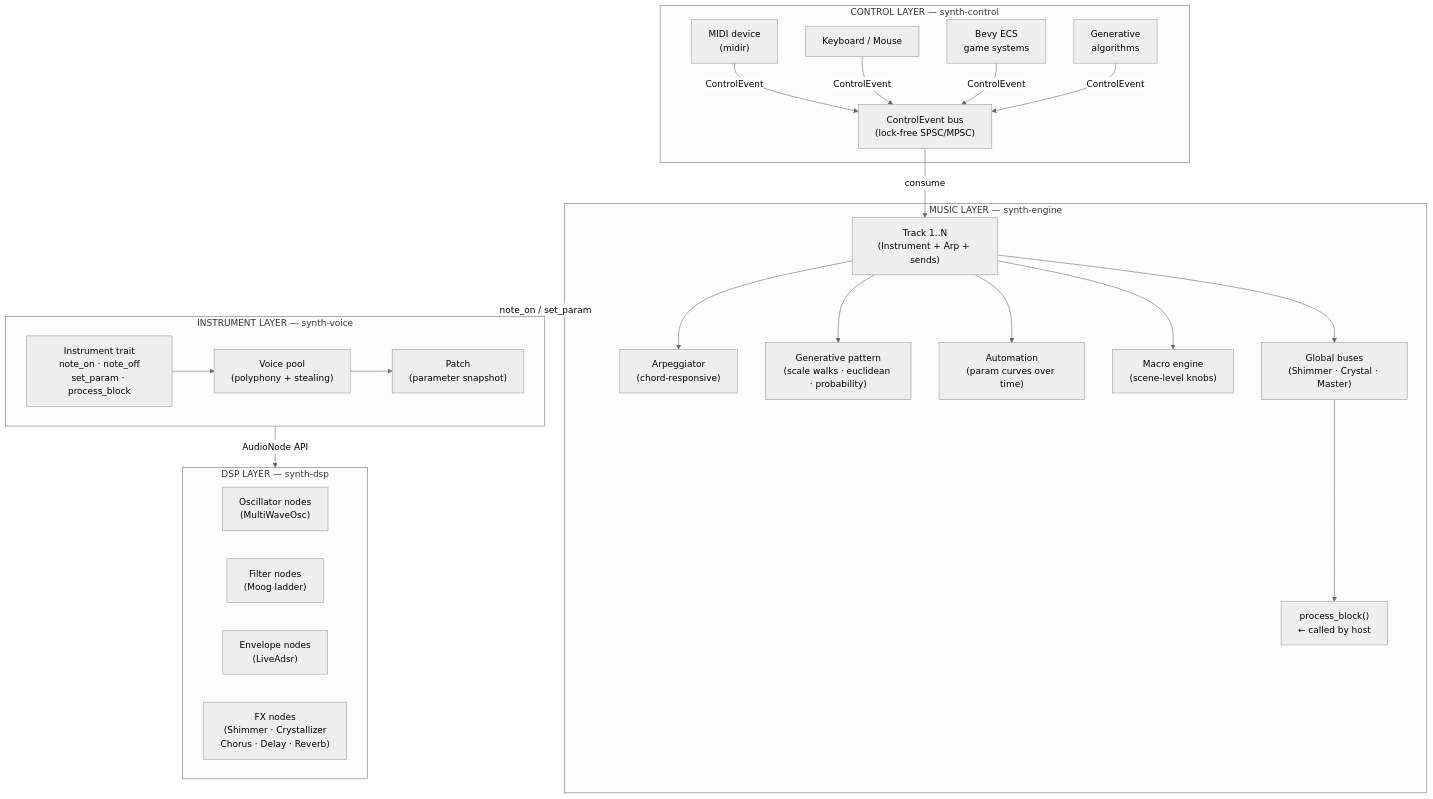
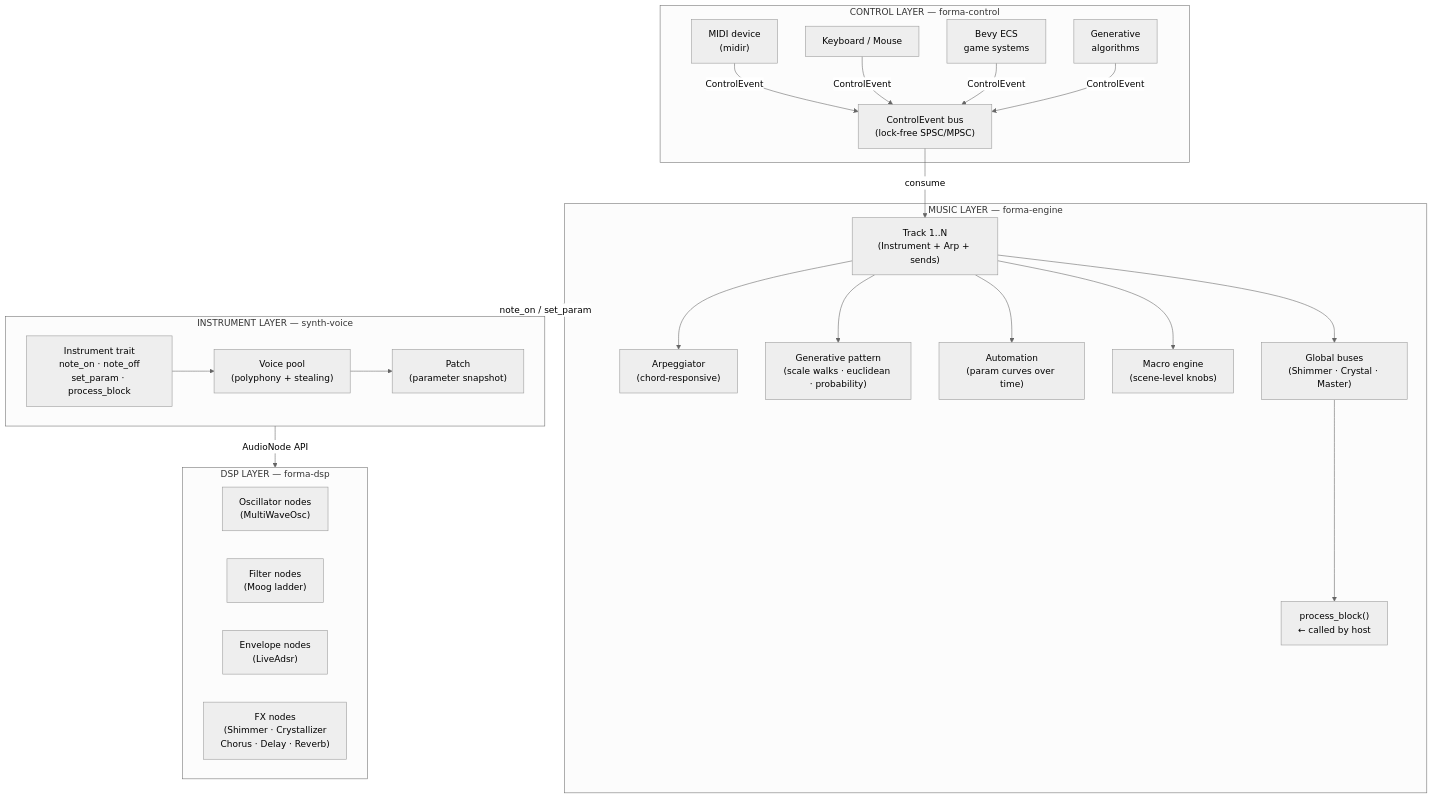
One commit to Ven7u/the_synth changed diagram 11 of 16 in doc/ambient-architecture-proposal.md. Above: the diagram before and after it, drawn with Mermaid (neutral theme). The commit also changed other lines of this file and 143 other files, not shown here.

````diff
--- a/doc/ambient-architecture-proposal.md
+++ b/doc/ambient-architecture-proposal.md
@@ -745,40 +745,40 @@
 ```mermaid
 flowchart TD
-    subgraph CTRL["CONTROL LAYER  — synth-control"]
+    subgraph CTRL["CONTROL LAYER  — forma-control"]
         MIDI_SRC["MIDI device\n(midir)"]
         KEY_SRC["Keyboard / Mouse"]
         GAME_SRC["Bevy ECS\ngame systems"]
         GEN_SRC["Generative\nalgorithms"]
         MIDI_SRC & KEY_SRC & GAME_SRC & GEN_SRC -->|ControlEvent| BUS["ControlEvent bus\n(lock-free SPSC/MPSC)"]
     end
 
-    subgraph MUS["MUSIC LAYER  — synth-engine"]
+    subgraph MUS["MUSIC LAYER  — forma-engine"]
         TRACKS["Track 1..N\n(Instrument + Arp + sends)"]
         ARP["Arpeggiator\n(chord-responsive)"]
         GEN_PAT["Generative pattern\n(scale walks · euclidean · probability)"]
         AUTO["Automation\n(param curves over time)"]
         MACRO_ENG["Macro engine\n(scene-level knobs)"]
         BUSES["Global buses\n(Shimmer · Crystal · Master)"]
         PB["process_block()\n← called by host"]
         BUS -->|consume| TRACKS
         TRACKS --> ARP & GEN_PAT & AUTO & MACRO_ENG
         TRACKS --> BUSES --> PB
     end
 
     subgraph INST["INSTRUMENT LAYER  — synth-voice"]
         INST_TRAIT["Instrument trait\nnote_on · note_off\nset_param · process_block"]
         POLY["Voice pool\n(polyphony + stealing)"]
         PATCH["Patch\n(parameter snapshot)"]
         INST_TRAIT --> POLY --> PATCH
     end
 
-    subgraph DSP_L["DSP LAYER  — synth-dsp"]
+    subgraph DSP_L["DSP LAYER  — forma-dsp"]
         OSC_NODE["Oscillator nodes\n(MultiWaveOsc)"]
         FILT_NODE["Filter nodes\n(Moog ladder)"]
         ENV_NODE["Envelope nodes\n(LiveAdsr)"]
         FX_NODE["FX nodes\n(Shimmer · Crystallizer\nChorus · Delay · Reverb)"]
     end
 
     MUS -->|note_on / set_param| INST
     INST -->|AudioNode API| DSP_L
 ```
````
